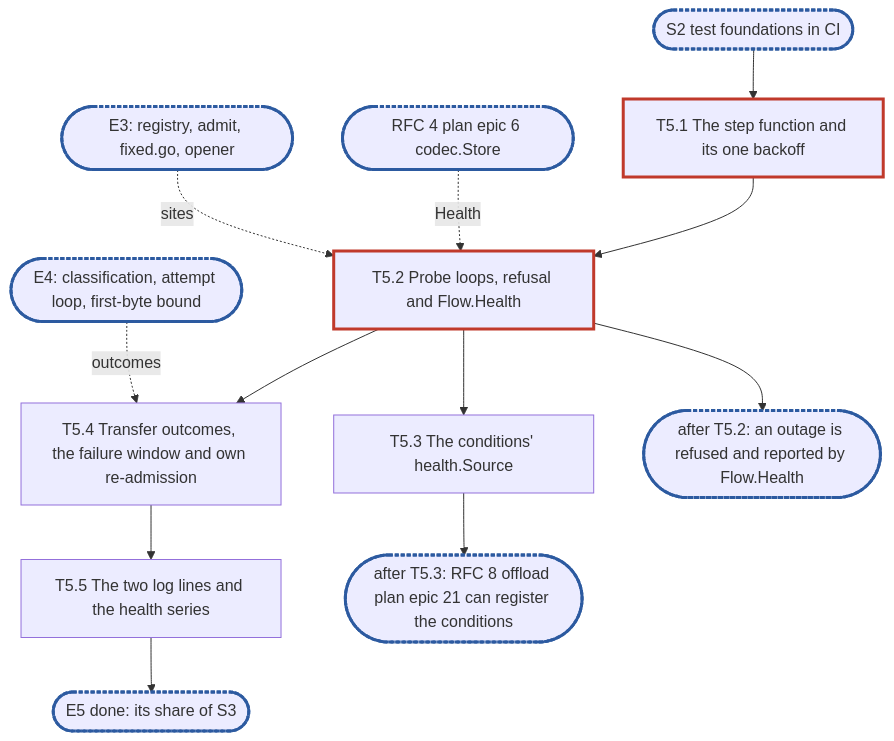
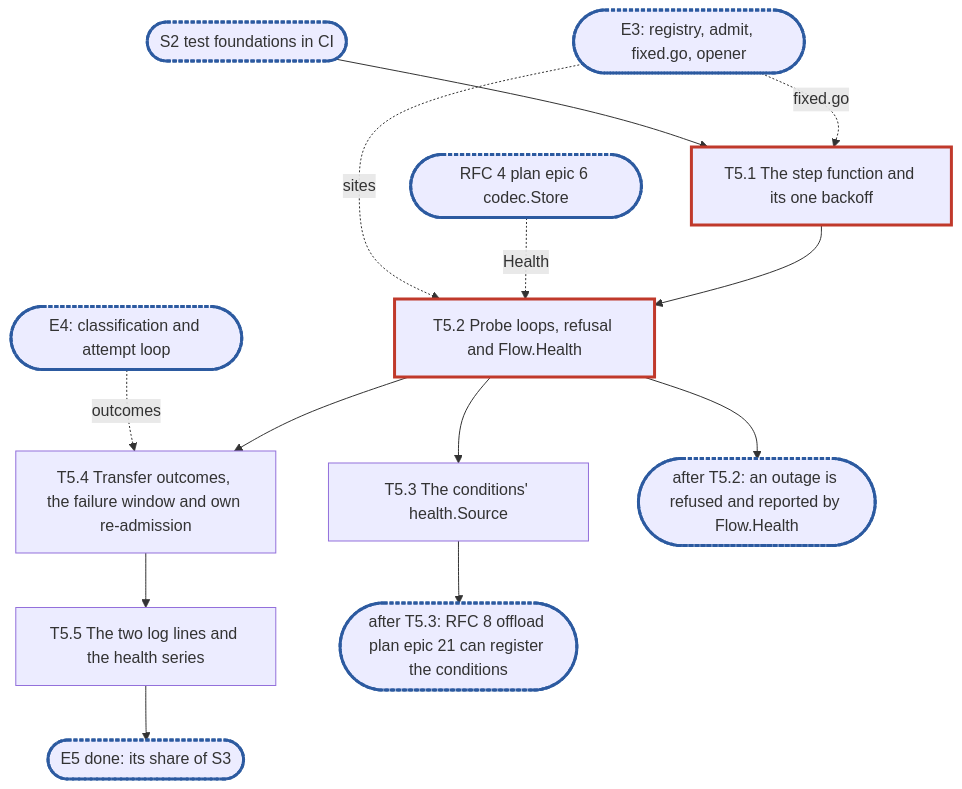
One commit to cubbit/dittofs changed the diagram in .planning/rfc-3-syncer-epic5.md. Above: the diagram before and after it, drawn with Mermaid. The commit also changed other lines of this file, not shown here.

````diff
--- a/.planning/rfc-3-syncer-epic5.md
+++ b/.planning/rfc-3-syncer-epic5.md
@@ -547,16 +600,17 @@
 ```mermaid
 flowchart TD
   S2(["S2 test foundations in CI"]):::sync --> T5_1
-  E3(["E3: registry, admit, fixed.go, opener"]):::sync -. "sites" .-> T5_2
+  E3(["E3: registry, admit, fixed.go, opener"]):::sync -. "fixed.go" .-> T5_1
+  E3 -. "sites" .-> T5_2
   C6(["RFC 4 plan epic 6 codec.Store"]):::sync -. "Health" .-> T5_2
-  E4(["E4: classification, attempt loop, first-byte bound"]):::sync -. "outcomes" .-> T5_4
+  E4(["E4: classification and attempt loop"]):::sync -. "outcomes" .-> T5_4
   T5_1["T5.1 The step function and its one backoff"]:::blocker --> T5_2["T5.2 Probe loops, refusal and Flow.Health"]:::blocker
   T5_2 --> T5_3["T5.3 The conditions' health.Source"]
   T5_2 --> T5_4["T5.4 Transfer outcomes, the failure window and own re-admission"]
   T5_4 --> T5_5["T5.5 The two log lines and the health series"]
   T5_2 --> K1(["after T5.2: an outage is refused and reported by Flow.Health"]):::sync
   T5_3 --> K2(["after T5.3: RFC 8 offload plan epic 21 can register the conditions"]):::sync
   T5_5 --> K3(["E5 done: its share of S3"]):::sync
   classDef blocker stroke:#c0392b,stroke-width:3px
   classDef sync stroke:#2c5aa0,stroke-width:3px,stroke-dasharray:4 2
 ```
````
